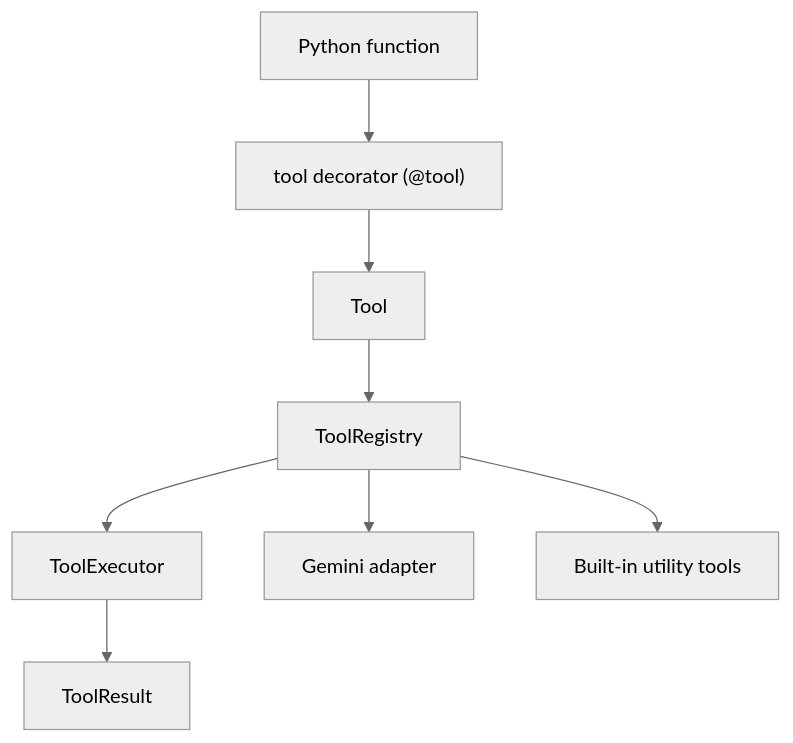
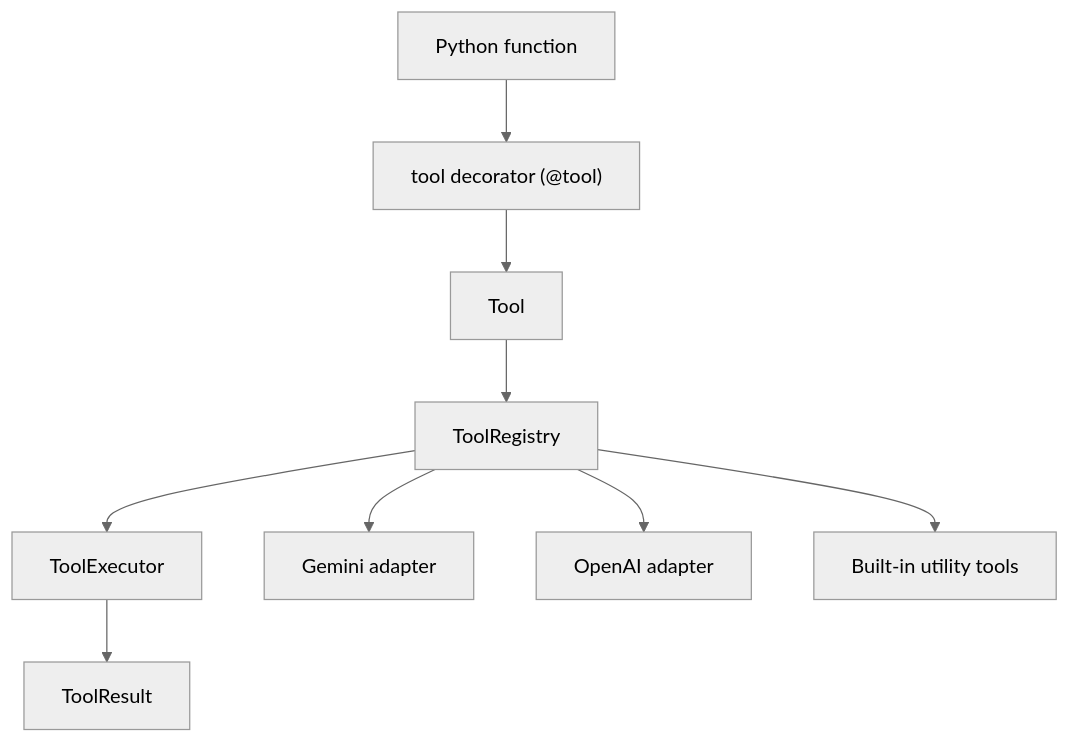
The diagram in README.md (danishali778/llm-tools-kit), drawn with Mermaid (neutral theme) before and after one commit. The commit also changed other lines of this file and 8 other files, not shown here.

First line of the commit message:
Add OpenAI Responses adapter

````diff
--- a/README.md
+++ b/README.md
@@ -380,10 +450,11 @@
 ```mermaid
 flowchart TD
     F["Python function"] --> D["tool decorator (@tool)"]
     D --> T[Tool]
     T --> R[ToolRegistry]
     R --> E[ToolExecutor]
     E --> O[ToolResult]
     R --> G[Gemini adapter]
+    R --> OAI[OpenAI adapter]
     R --> U[Built-in utility tools]
 ```
````
